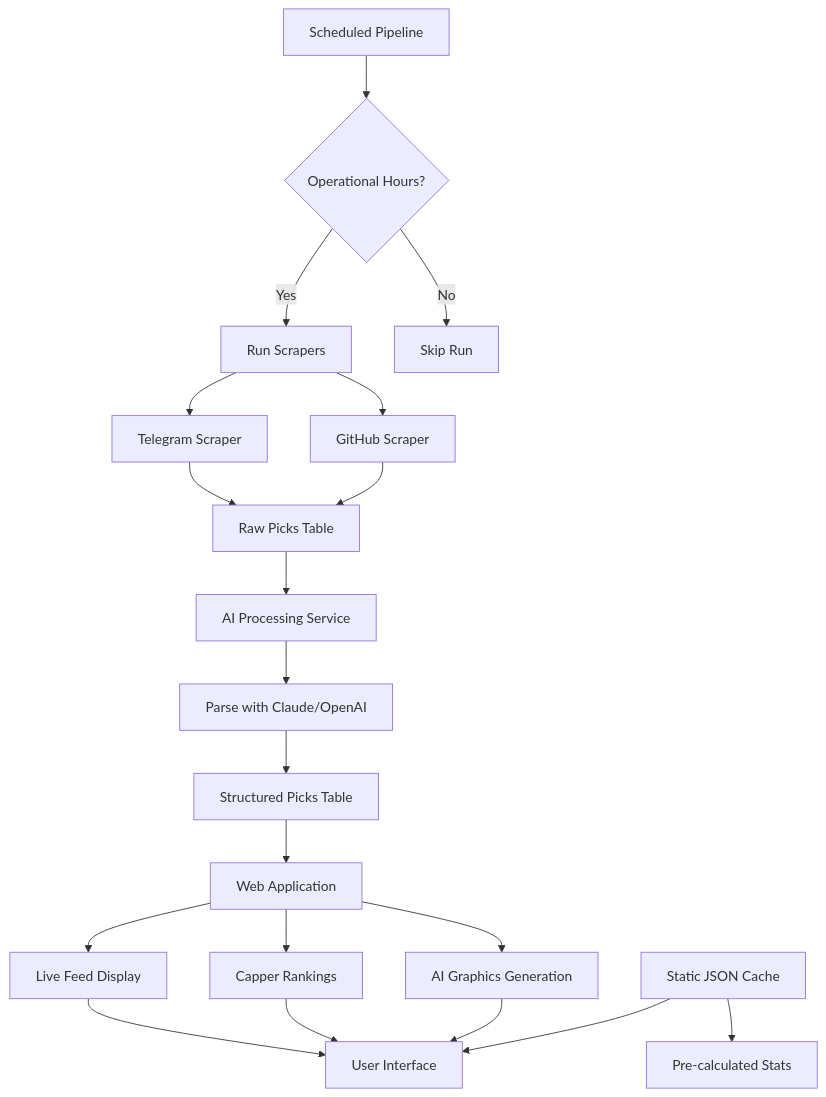
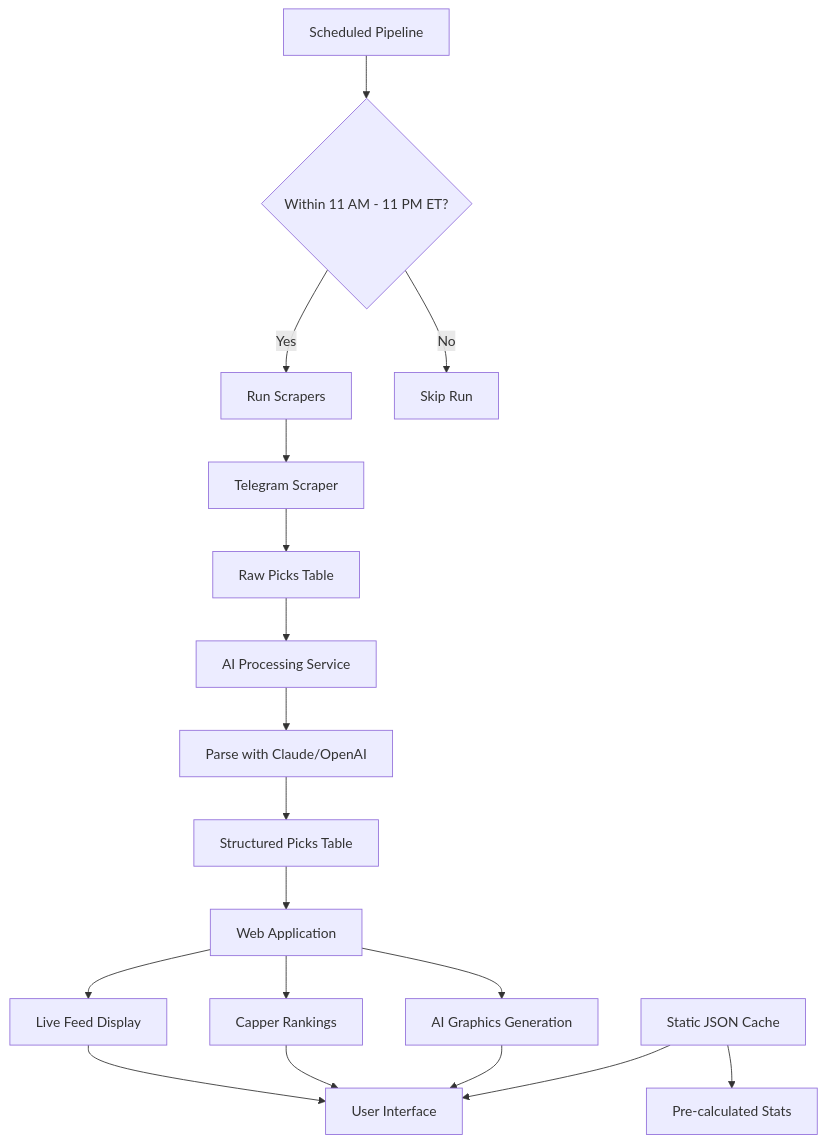
The first of 2 diagrams in README.md (Ducky705/Live-Pick-Scraper), drawn with Mermaid before and after one commit. The commit also changed other lines of this file, not shown here.

Commit message:
docs: update README graphs and documentation to remove GitHub scraper

````diff
--- a/README.md
+++ b/README.md
@@ -29,28 +29,26 @@
 ```mermaid
 graph TD
-    A[Scheduled Pipeline] --> B{Operational Hours?}
+    A[Scheduled Pipeline] --> B{Within 11 AM - 11 PM ET?}
     B -->|Yes| C[Run Scrapers]
     B -->|No| D[Skip Run]
 
     C --> E[Telegram Scraper]
-    C --> F[GitHub Scraper]
 
-    E --> G[Raw Picks Table]
-    F --> G
+    E --> F[Raw Picks Table]
 
-    G --> H[AI Processing Service]
-    H --> I[Parse with Claude/OpenAI]
-    I --> J[Structured Picks Table]
+    F --> G[AI Processing Service]
+    G --> H[Parse with Claude/OpenAI]
+    H --> I[Structured Picks Table]
 
-    J --> K[Web Application]
-    K --> L[Live Feed Display]
-    K --> M[Capper Rankings]
-    K --> N[AI Graphics Generation]
+    I --> J[Web Application]
+    J --> K[Live Feed Display]
+    J --> L[Capper Rankings]
+    J --> M[AI Graphics Generation]
 
-    L --> O[User Interface]
-    M --> O
-    N --> O
+    K --> N[User Interface]
+    L --> N
+    M --> N
 
-    P[Static JSON Cache] --> O
-    P --> Q[Pre-calculated Stats]
+    O[Static JSON Cache] --> N
+    O --> P[Pre-calculated Stats]
 ```
````
